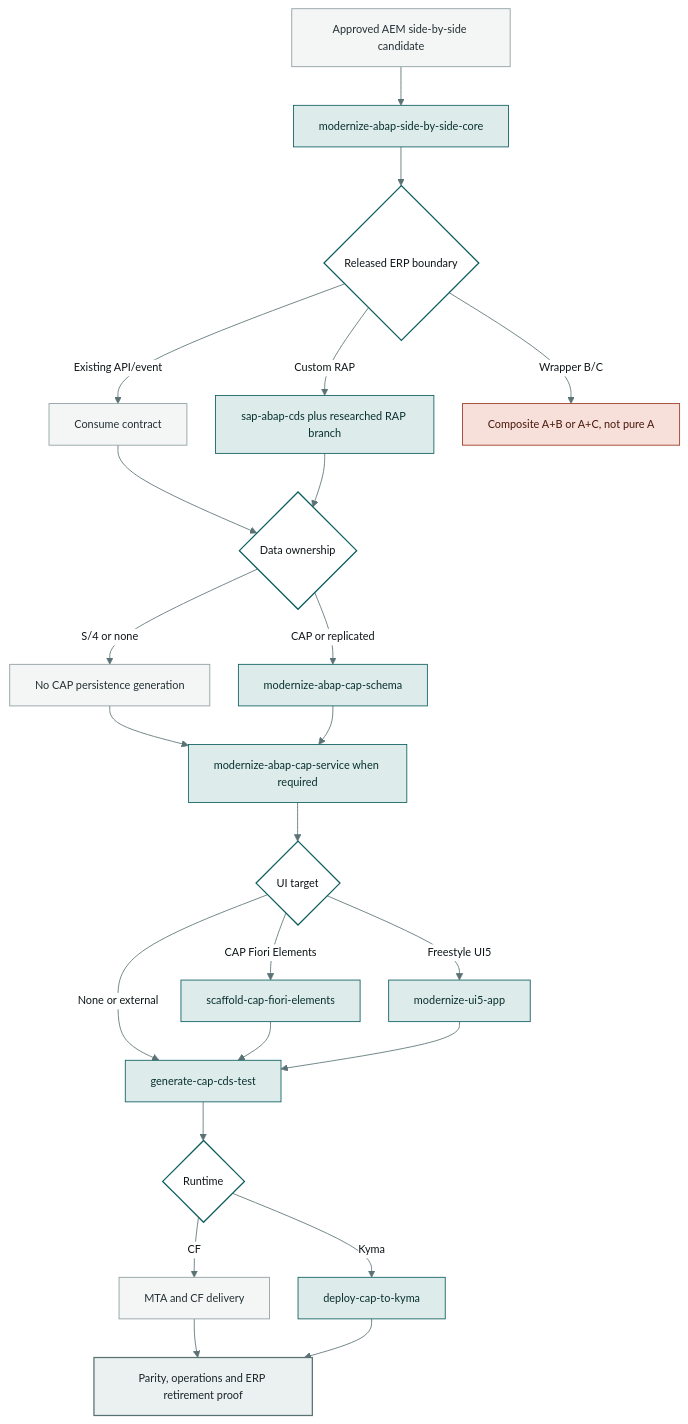
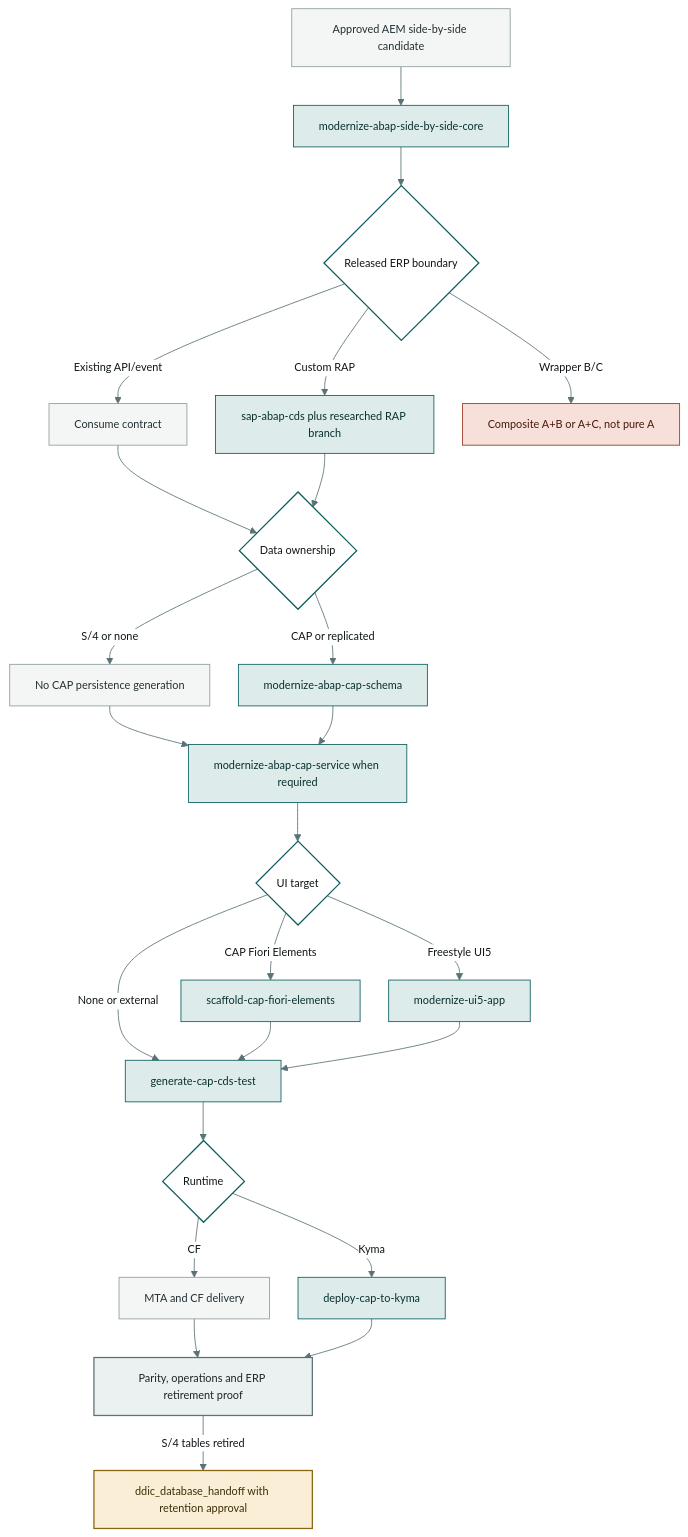
The third of 6 diagrams in skills/sap-erp-clean-core-refactor/WORKFLOW.md (Raistlin82/arc-1-fork), drawn with Mermaid before and after one commit. The commit also changed other lines of this file and 7 other files, not shown here.

First line of the commit message:
docs(clean-core): align every document and diagram with the DDIC path

````diff
--- a/skills/sap-erp-clean-core-refactor/WORKFLOW.md
+++ b/skills/sap-erp-clean-core-refactor/WORKFLOW.md
@@ -315,38 +329,41 @@
 ```mermaid
 %%{init: {'theme':'base','themeVariables':{'fontSize':'13px','primaryColor':'#EBF0F0','primaryTextColor':'#0F1518','primaryBorderColor':'#5B7275','lineColor':'#5B7275','edgeLabelBackground':'#FFFFFF'},'flowchart':{'curve':'basis','nodeSpacing':34,'rankSpacing':46}}}%%
 flowchart TD
     A["Approved AEM side-by-side candidate"] --> B["modernize-abap-side-by-side-core"]
     B --> C{"Released ERP boundary"}
     C -->|Existing API/event| D["Consume contract"]
     C -->|Custom RAP| E["sap-abap-cds plus researched RAP branch"]
     C -->|Wrapper B/C| X["Composite A+B or A+C, not pure A"]
     D --> O{"Data ownership"}
     E --> O
     O -->|S/4 or none| S["No CAP persistence generation"]
     O -->|CAP or replicated| P["modernize-abap-cap-schema"]
     S --> V["modernize-abap-cap-service when required"]
     P --> V
     V --> U{"UI target"}
     U -->|CAP Fiori Elements| FE["scaffold-cap-fiori-elements"]
     U -->|Freestyle UI5| UI5["modernize-ui5-app"]
     U -->|None or external| T["generate-cap-cds-test"]
     FE --> T
     UI5 --> T
     T --> R{"Runtime"}
     R -->|CF| CF["MTA and CF delivery"]
     R -->|Kyma| K["deploy-cap-to-kyma"]
     CF --> Q["Parity, operations and ERP retirement proof"]
     K --> Q
+    Q -->|S/4 tables retired| RT["ddic_database_handoff with retention approval"]
 
     classDef decision fill:#FFFFFF,stroke:#0B5D5D,stroke-width:1.5px,color:#0F1518
     classDef skill fill:#DDEBEA,stroke:#0B5D5D,stroke-width:1px,color:#08302F
     classDef gather fill:#F4F6F6,stroke:#8C9C9F,stroke-width:1px,color:#243033
     classDef caution fill:#F6E0D9,stroke:#9B3520,stroke-width:1px,color:#4A180C
     classDef proof fill:#EBF0F0,stroke:#5B7275,stroke-width:1.5px,color:#1B2426
+    classDef human fill:#FAEFD6,stroke:#86660F,stroke-width:1.5px,color:#3D2F05
 
     class C,O,U,R decision
     class B,E,P,V,FE,UI5,T,K skill
     class A,D,S,CF gather
     class X caution
     class Q proof
+    class RT human
 ```
````
